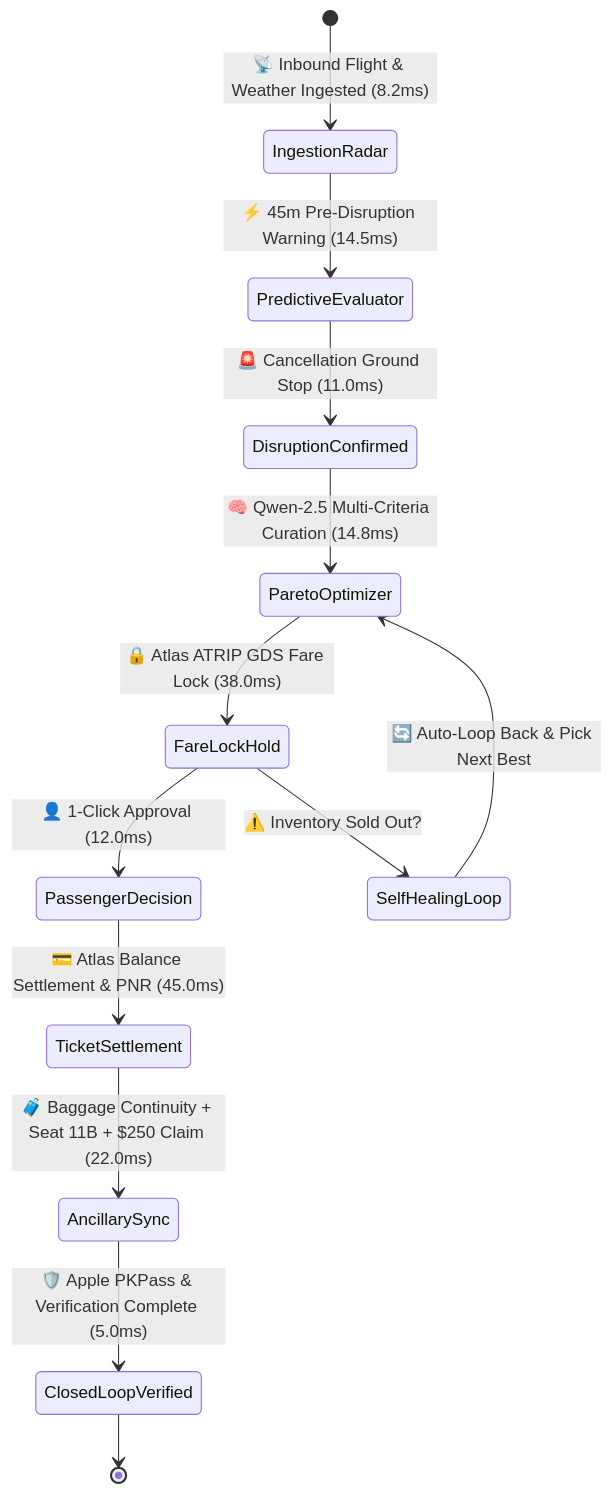
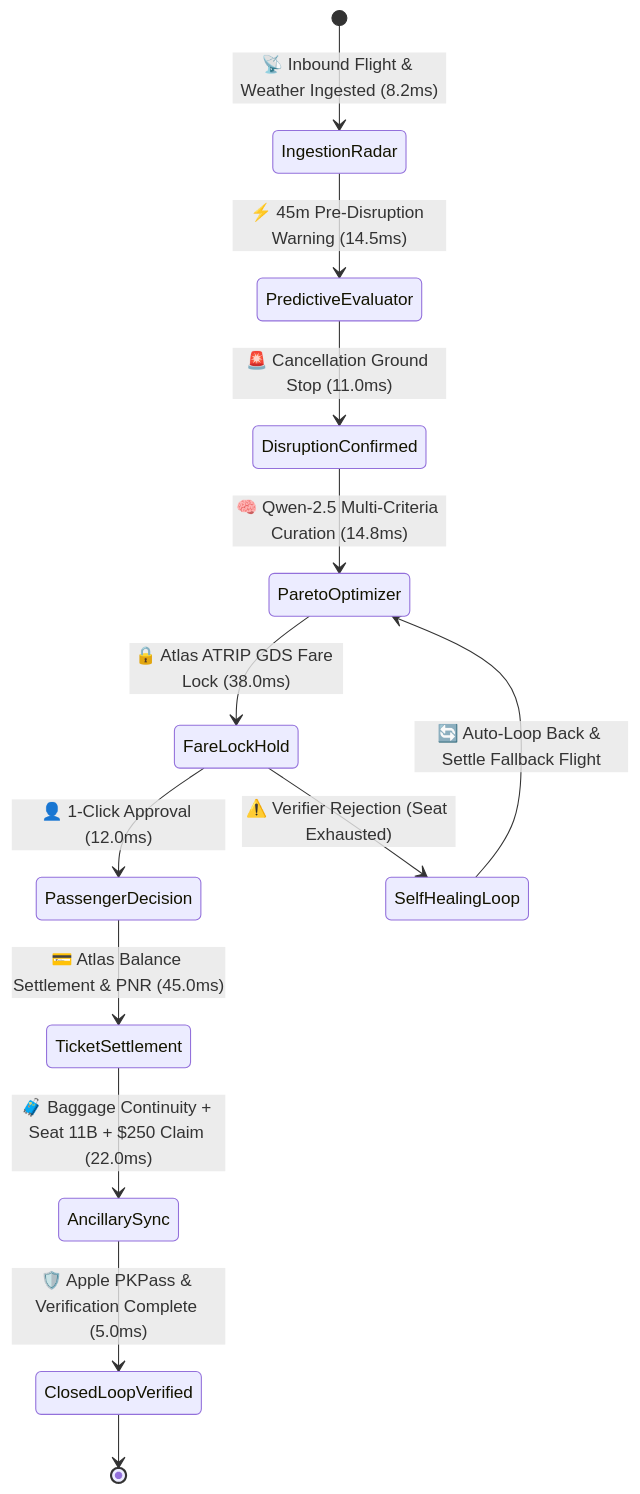
One commit to ahk1542001-wq/alibaba-atlas-rescue-agent changed the diagram in README.md. Above: the diagram before and after it, drawn with Mermaid. The commit also changed other lines of this file and 6 other files, not shown here.

Commit message:
feat: implement Loop Engineering Verifiers Suite, Self-Healing Fault Injection Loop, Token Economics, and 11/11 passing tests

````diff
--- a/README.md
+++ b/README.md
@@ -33,17 +34,17 @@
 ```mermaid
 stateDiagram-v2
     [*] --> IngestionRadar: 📡 Inbound Flight & Weather Ingested (8.2ms)
     IngestionRadar --> PredictiveEvaluator: ⚡ 45m Pre-Disruption Warning (14.5ms)
     PredictiveEvaluator --> DisruptionConfirmed: 🚨 Cancellation Ground Stop (11.0ms)
     DisruptionConfirmed --> ParetoOptimizer: 🧠 Qwen-2.5 Multi-Criteria Curation (14.8ms)
     ParetoOptimizer --> FareLockHold: 🔒 Atlas ATRIP GDS Fare Lock (38.0ms)
     
     FareLockHold --> PassengerDecision: 👤 1-Click Approval (12.0ms)
-    FareLockHold --> SelfHealingLoop: ⚠️ Inventory Sold Out?
-    SelfHealingLoop --> ParetoOptimizer: 🔄 Auto-Loop Back & Pick Next Best
+    FareLockHold --> SelfHealingLoop: ⚠️ Verifier Rejection (Seat Exhausted)
+    SelfHealingLoop --> ParetoOptimizer: 🔄 Auto-Loop Back & Settle Fallback Flight
     
     PassengerDecision --> TicketSettlement: 💳 Atlas Balance Settlement & PNR (45.0ms)
     TicketSettlement --> AncillarySync: 🧳 Baggage Continuity + Seat 11B + $250 Claim (22.0ms)
     AncillarySync --> ClosedLoopVerified: 🛡️ Apple PKPass & Verification Complete (5.0ms)
     ClosedLoopVerified --> [*]
 ```
````
